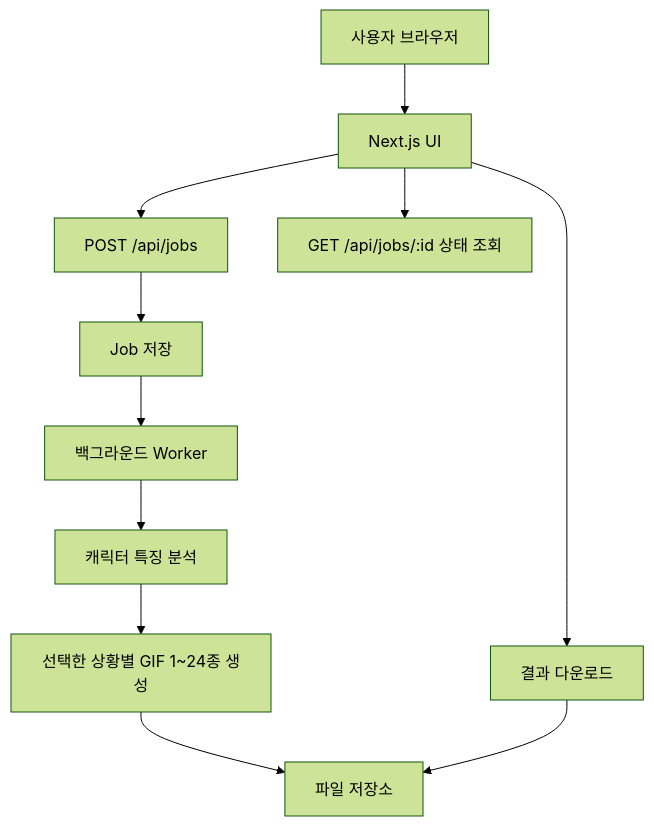
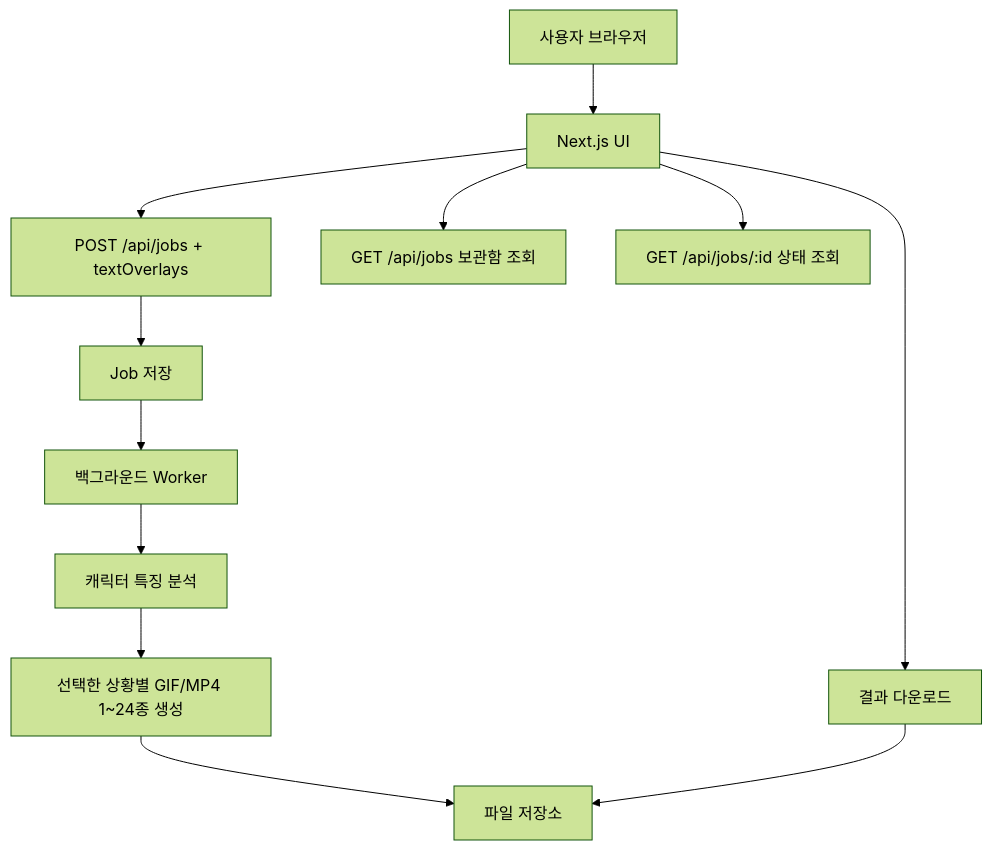
The first of 3 diagrams in docs/design.md (YOUNGDAE-PARK/imoji), drawn with Mermaid (forest theme) before and after one commit. The commit also changed other lines of this file and 19 other files, not shown here.

````diff
--- a/docs/design.md
+++ b/docs/design.md
@@ -13,13 +15,14 @@
 ```mermaid
 flowchart TD
     U[사용자 브라우저] --> P[Next.js UI]
-    P --> A[POST /api/jobs]
+    P --> A[POST /api/jobs + textOverlays]
+    P --> L[GET /api/jobs 보관함 조회]
     A --> J[Job 저장]
     J --> W[백그라운드 Worker]
     W --> C[캐릭터 특징 분석]
-    C --> G[선택한 상황별 GIF 1~24종 생성]
+    C --> G[선택한 상황별 GIF/MP4 1~24종 생성]
     G --> S[파일 저장소]
     P --> Q[GET /api/jobs/:id 상태 조회]
     P --> D[결과 다운로드]
     D --> S
 ```
````
